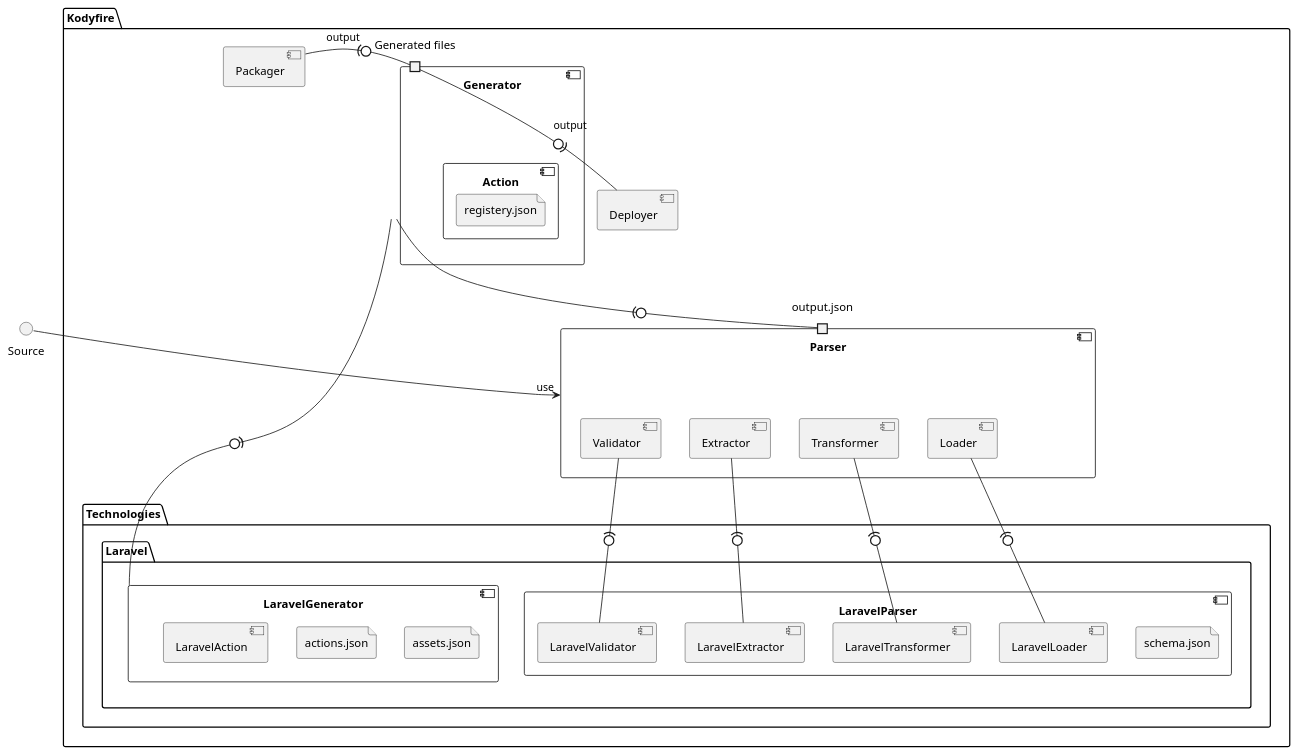
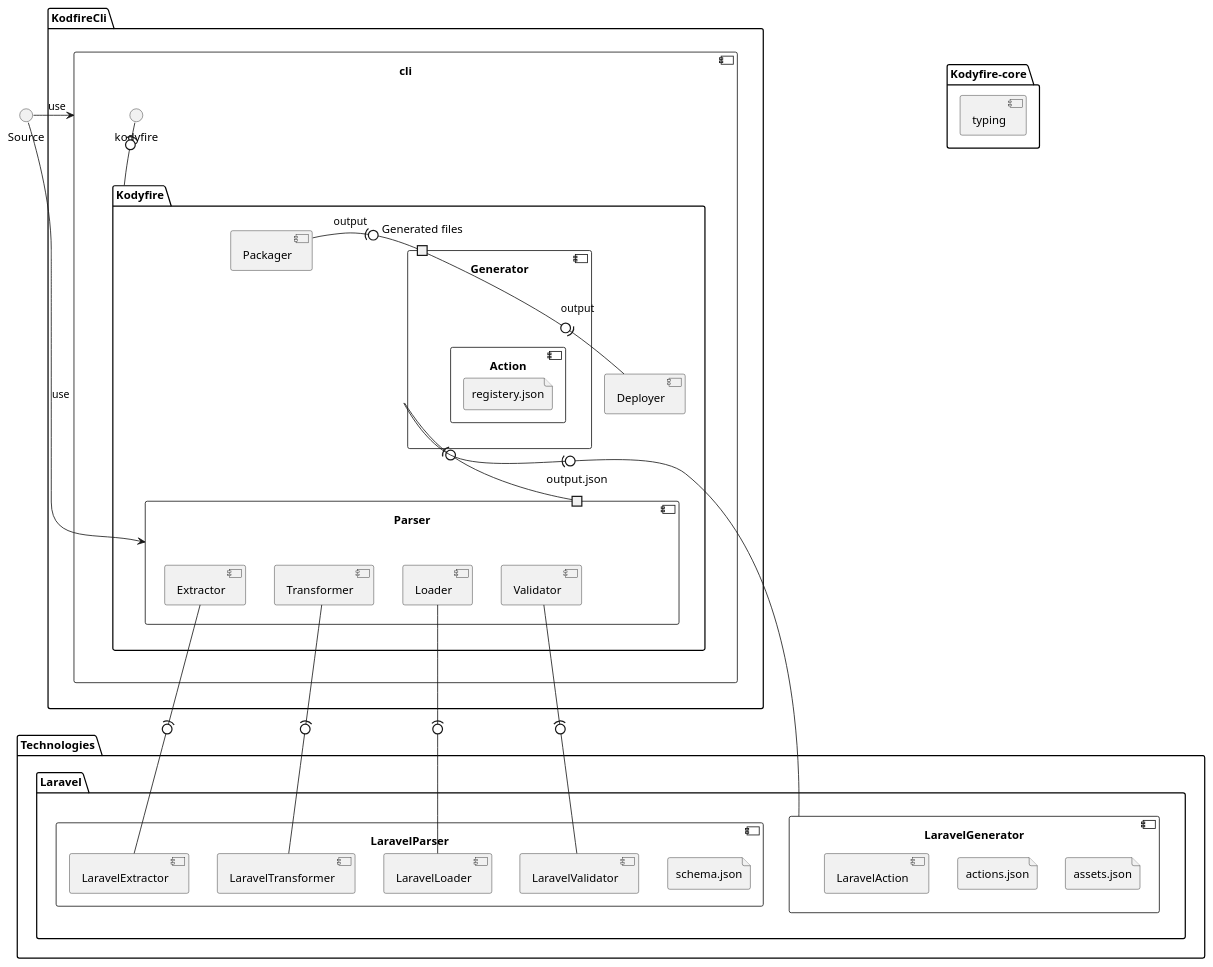
The diagram in packages/kodyfire-kodyfire/packages/vuexy-kodyfire/src/kodyfire.wsd (nooqta/kodyfire), drawn with PlantUML before and after one commit. The commit also changed 70 other files, not shown here.

```diff
--- a/packages/kodyfire-kodyfire/packages/vuexy-kodyfire/src/kodyfire.wsd
+++ b/packages/kodyfire-kodyfire/packages/vuexy-kodyfire/src/kodyfire.wsd
@@ -1,63 +1,75 @@
 @startuml
 skinparam componentstyle uml2
 
 () Source
-package "Kodyfire" {
-    folder Technologies {
+package "Kodyfire-core" {
+    [typing]
+}
+package KodfireCli {
+    component cli {
+        kodyfire -(0- Kodyfire
+    }
+}
+folder Technologies {
         package Laravel {
             component LaravelParser {
                 file schema.json
                 component LaravelTransformer {
                 }
                 component LaravelLoader {
                 }
                 component LaravelValidator {
                 }
                 component LaravelExtractor
             }
             component LaravelGenerator {
                 component LaravelAction {
                 }
                 file assets.json
                 file actions.json
             }
         }
     }
+' package devkit-schematic {
+'     port "Schematic API"
+' }
+package "Kodyfire" {
     Component Packager {
 
     }
     Component Deployer {
 
     }
     component Parser {
         port "output.json"  as output
         component Extractor {
         }
         component Transformer {
         }
         component Loader {
         }
         component Validator {
         }
 
     }
 
     component Generator {
         port "Generated files" as generatorOutput
         component Action {
             file registery.json
         }
     }
 
 
     output -u0)- Generator
-    Parser <-up- Source: use
+    Parser <-l- Source: use
+    cli <-l- Source: use
     Validator -(0- LaravelValidator
     Loader -(0- LaravelLoader
     Transformer -(0- LaravelTransformer
     Extractor -(0- LaravelExtractor
     Generator -(0- LaravelGenerator
     generatorOutput -l0)- Packager: output
     generatorOutput -0)- Deployer: output
 }
 @enduml
```
